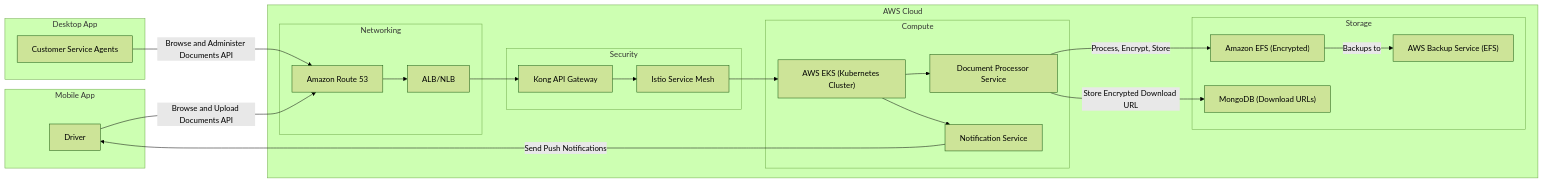
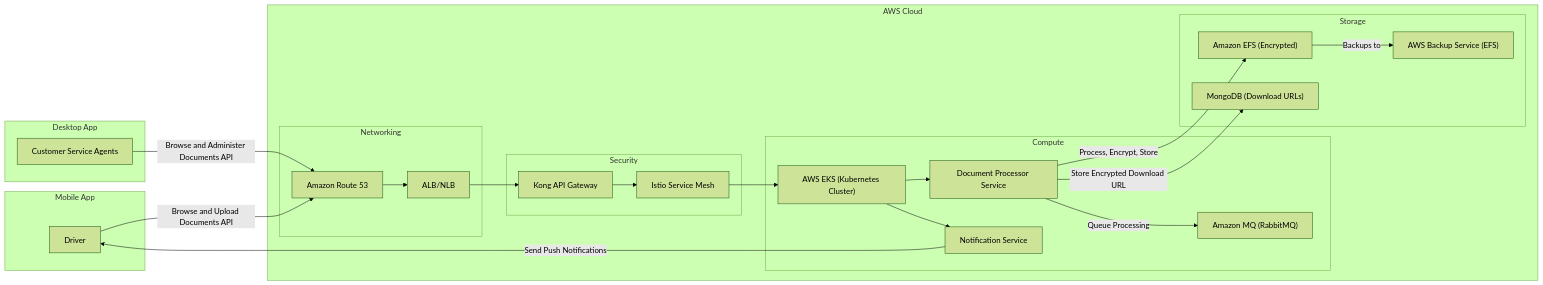
Before and after one commit to FedericoDelSaz/sre-test: the first of 2 diagrams in NewArchitecture.md, drawn with Mermaid (forest theme). The commit also changed other lines of this file, not shown here.

Commit message:
fix diagrams

````diff
--- a/NewArchitecture.md
+++ b/NewArchitecture.md
@@ -21,42 +21,44 @@
 ```mermaid
 graph LR
   subgraph "Mobile App"
   Drivers["Driver"]
   end
   subgraph "Desktop App"
   Agents["Customer Service Agents"]
   end
   subgraph "AWS Cloud"
     subgraph "Networking"
       Route53["Amazon Route 53"]
       ALB["ALB/NLB"]
     end
     subgraph "Security"
       Kong["Kong API Gateway"]
       Istio["Istio Service Mesh"]
     end
     subgraph "Compute"
       EKS["AWS EKS (Kubernetes Cluster)"]
       DocService["Document Processor Service"]
       NotificationService["Notification Service"]
+      AmazonMQ["Amazon MQ (RabbitMQ)"]
     end
     subgraph "Storage"
       EFS["Amazon EFS (Encrypted)"]
       MongoDB["MongoDB (Download URLs)"]
       AWSBackup["AWS Backup Service (EFS)"]
     end
   end
 
   Drivers-- "Browse and Upload Documents API" -->Route53
   Agents-- "Browse and Administer Documents API" -->Route53
   Route53 --> ALB
   ALB --> Kong
   Kong --> Istio
   Istio --> EKS
   EKS --> DocService
   DocService-- "Process, Encrypt, Store" --> EFS
   DocService-- "Store Encrypted Download URL" --> MongoDB
+  DocService-- "Queue Processing" --> AmazonMQ
   EFS-- "Backups to" --> AWSBackup
   EKS --> NotificationService
   NotificationService-- "Send Push Notifications" --> Drivers
 ```
````
